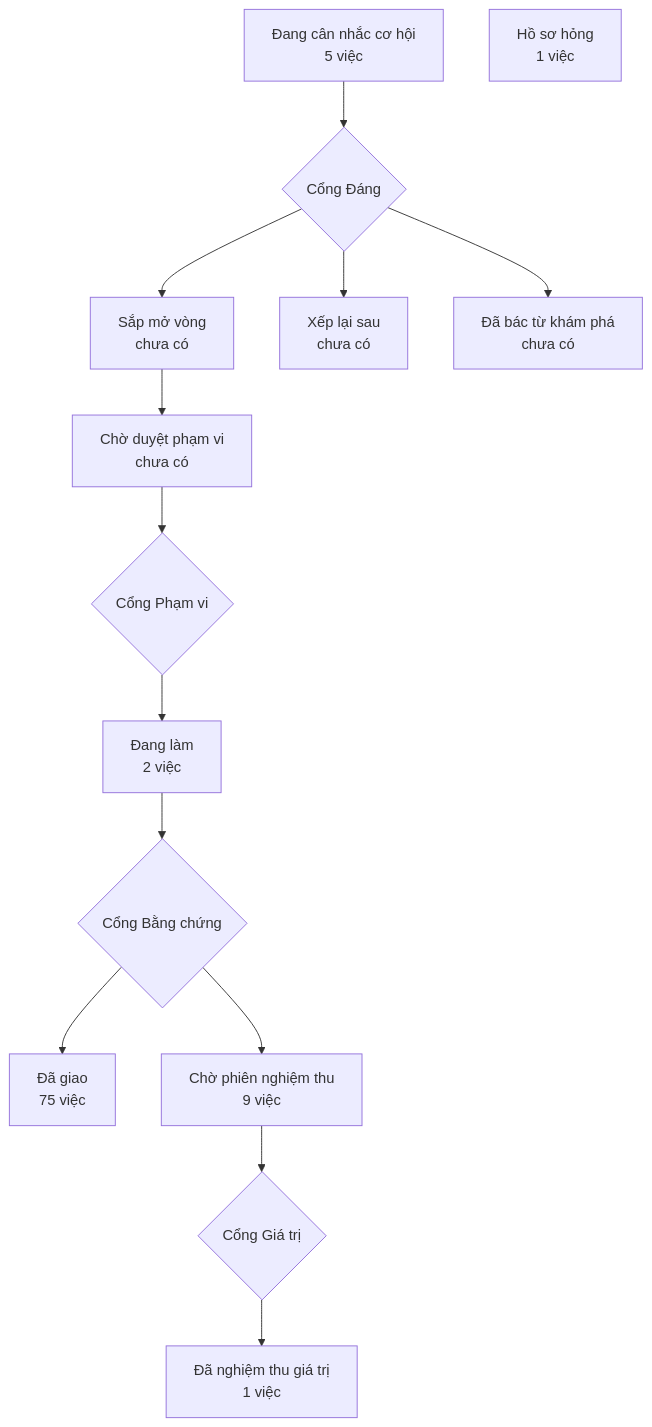
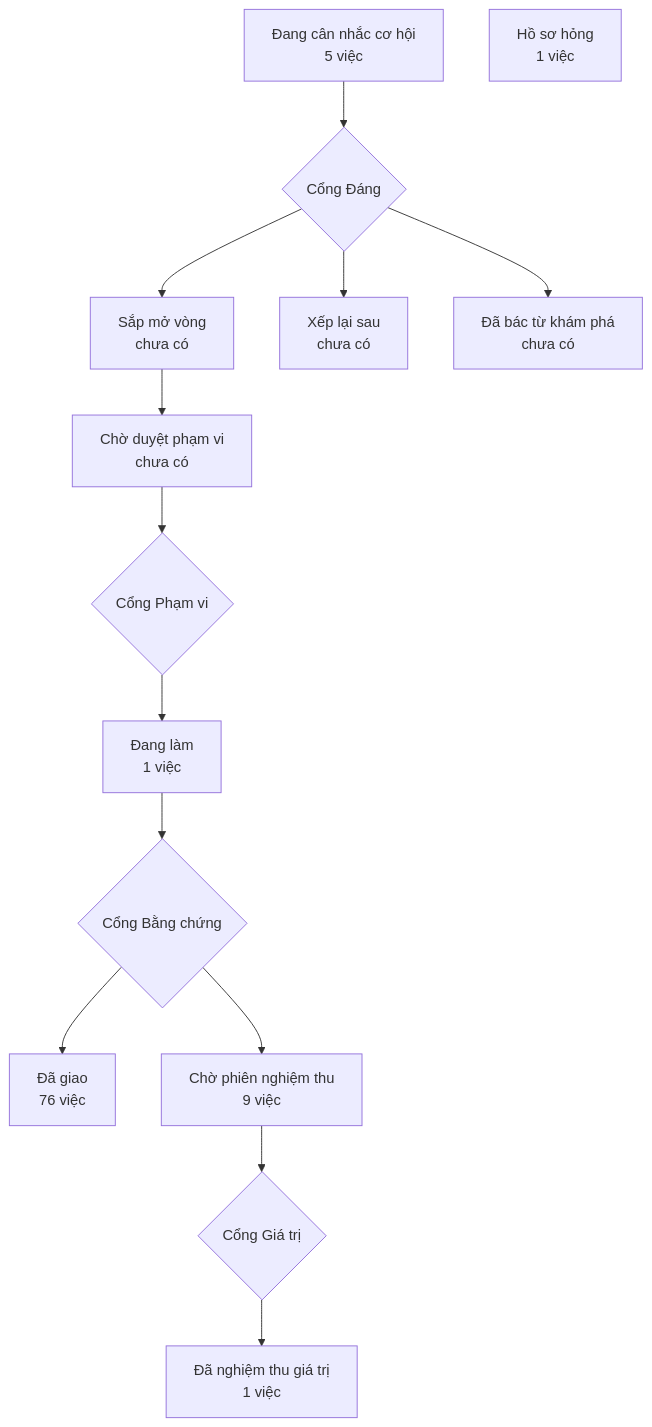
Before and after one commit to phanlemanh/crm-onehub: the diagram in PRODUCT-MAP.md, drawn with Mermaid. The commit also changed 3 other files, not shown here.

````diff
--- a/PRODUCT-MAP.md
+++ b/PRODUCT-MAP.md
@@ -6,13 +6,13 @@
 ```mermaid
 flowchart TD
   A["Đang cân nhắc cơ hội<br/>5 việc"] --> GD{"Cổng Đáng"}
   GD --> B["Sắp mở vòng<br/>chưa có"]
   GD --> XL["Xếp lại sau<br/>chưa có"]
   GD --> DB["Đã bác từ khám phá<br/>chưa có"]
   B --> CD["Chờ duyệt phạm vi<br/>chưa có"] --> GP{"Cổng Phạm vi"}
-  GP --> DL["Đang làm<br/>2 việc"] --> GB{"Cổng Bằng chứng"}
-  GB --> DG["Đã giao<br/>75 việc"]
+  GP --> DL["Đang làm<br/>1 việc"] --> GB{"Cổng Bằng chứng"}
+  GB --> DG["Đã giao<br/>76 việc"]
   GB --> CN["Chờ phiên nghiệm thu<br/>9 việc"] --> GG{"Cổng Giá trị"}
   GG --> NT["Đã nghiệm thu giá trị<br/>1 việc"]
   HS["Hồ sơ hỏng<br/>1 việc"]
 ```
````
